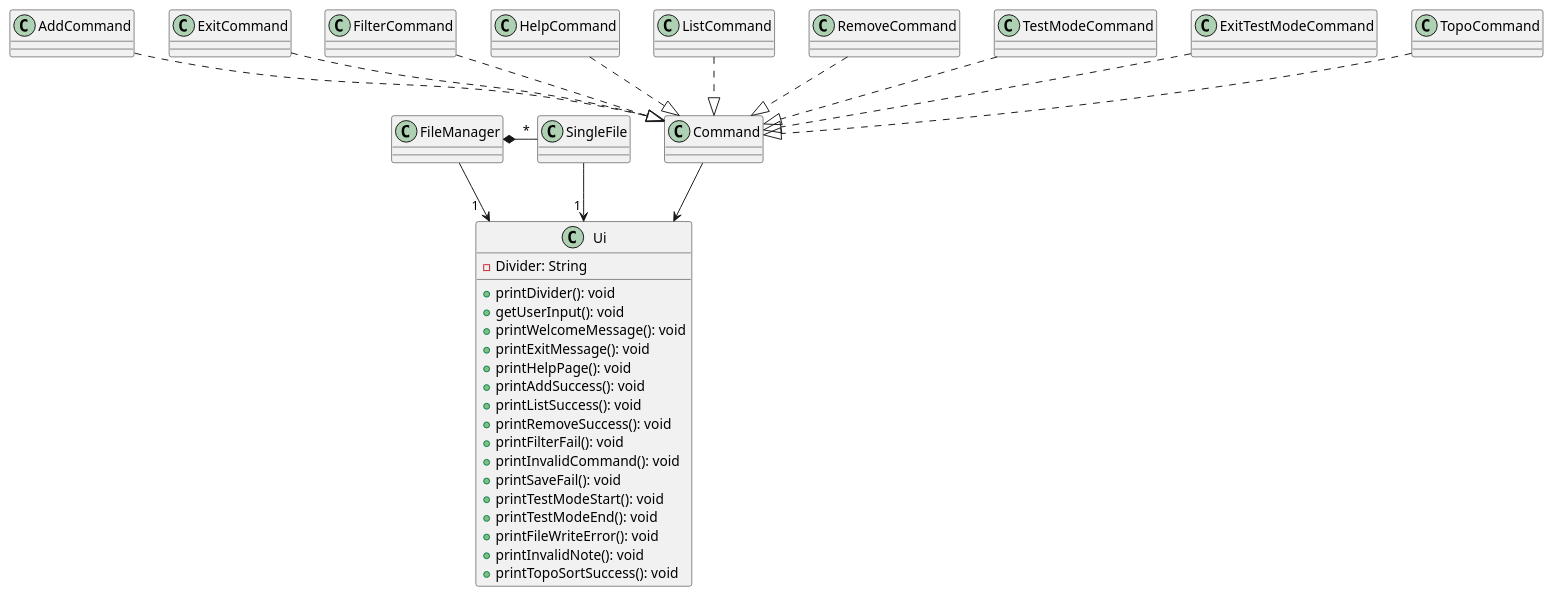
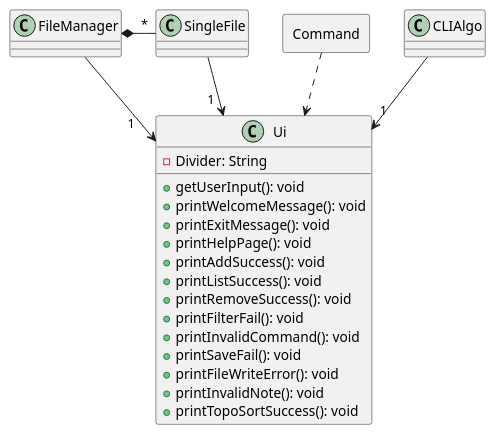
Before and after one commit to ong-ck/tp: the diagram in docs/uml/source-files/UiClass.puml, drawn with PlantUML.

Commit message:
Refactor individual commands to package Command

```diff
--- a/docs/uml/source-files/UiClass.puml
+++ b/docs/uml/source-files/UiClass.puml
@@ -1,41 +1,32 @@
 @startuml
 'https://plantuml.com/class-diagram
 
 class Ui {
 -Divider: String
-+printDivider(): void
 +getUserInput(): void
 +printWelcomeMessage(): void
 +printExitMessage(): void
 +printHelpPage(): void
 +printAddSuccess(): void
 +printListSuccess(): void
 +printRemoveSuccess(): void
 +printFilterFail(): void
 +printInvalidCommand(): void
 +printSaveFail(): void
-+printTestModeStart(): void
-+printTestModeEnd(): void
 +printFileWriteError(): void
 +printInvalidNote(): void
 +printTopoSortSuccess(): void
 }
 
-FileManager --> "1  " Ui
+package Command <<Rectangle>> {
+}
+
+CLIAlgo--> "1" Ui
+
+FileManager --> "1    " Ui
 FileManager *- "*" SingleFile
-SingleFile --> "1 " Ui
+SingleFile --> "1  " Ui
 
-Command --> Ui
-
-AddCommand ..|> Command
-ExitCommand ..|> Command
-FilterCommand ..|> Command
-HelpCommand ..|> Command
-ListCommand ..|> Command
-RemoveCommand ..|> Command
-TestModeCommand ..|> Command
-ExitTestModeCommand ..|> Command
-TopoCommand ..|> Command
-
+Command ..> Ui
 
 @enduml
```
